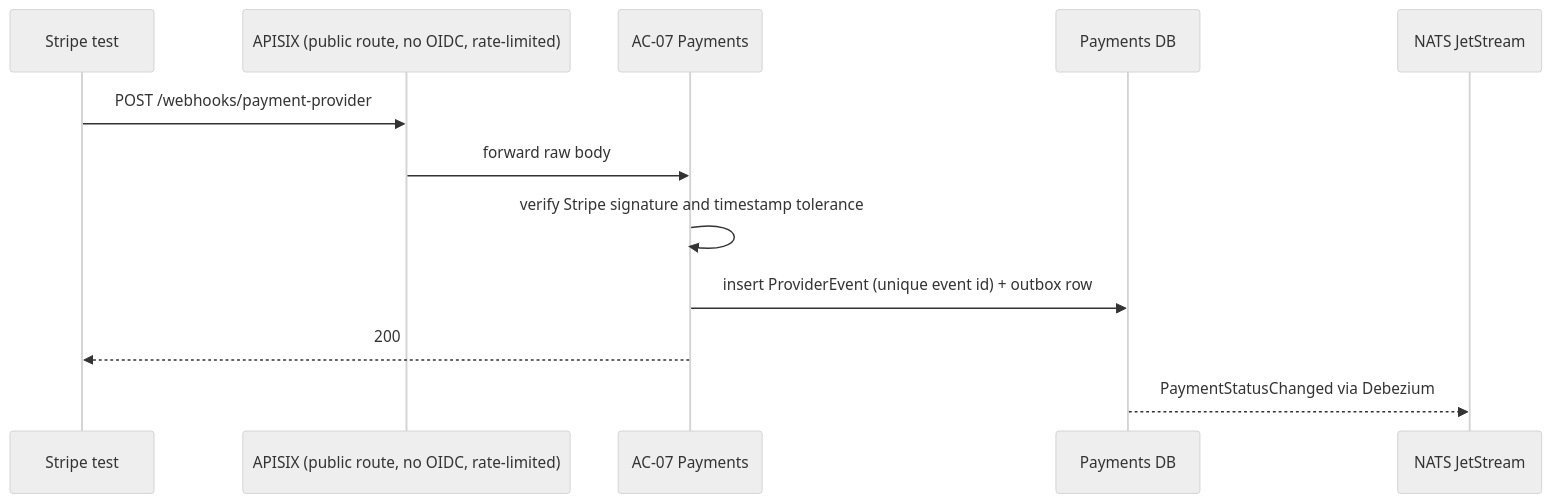
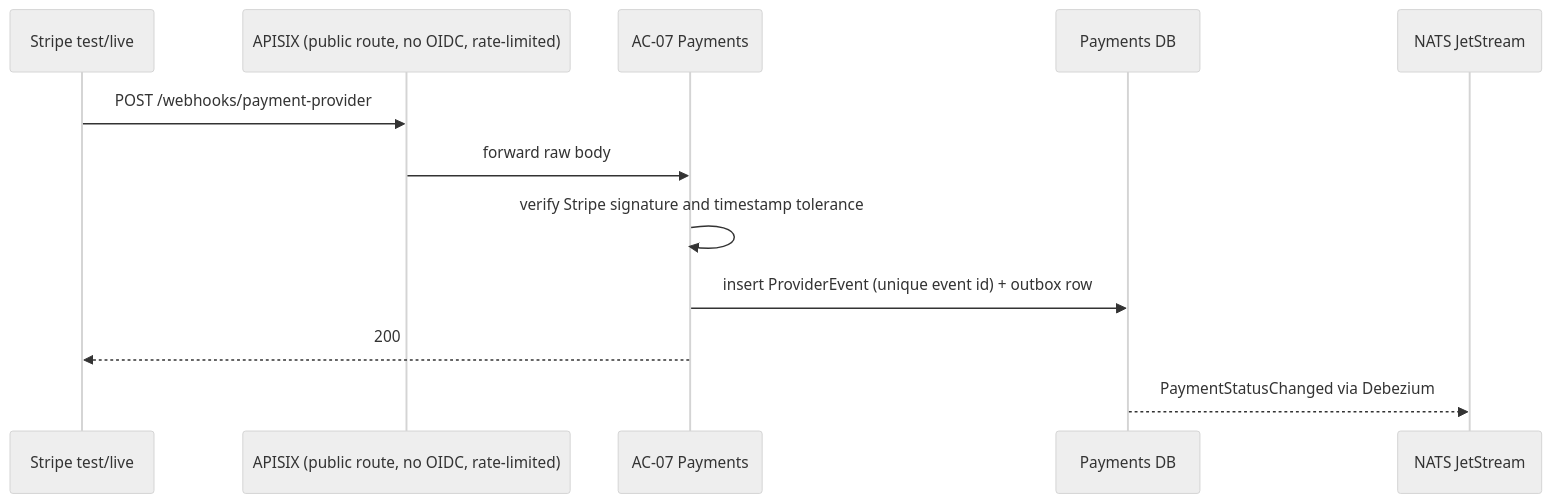
One commit to blooo-io/intelligent-eu-bps-source changed the fourth of 4 diagrams in docs/architecture/04-technical-architecture.md. Above: the diagram before and after it, drawn with Mermaid (neutral theme). The commit also changed other lines of this file and 96 other files, not shown here.

````diff
--- a/docs/architecture/04-technical-architecture.md
+++ b/docs/architecture/04-technical-architecture.md
@@ -287,14 +288,14 @@
 ```mermaid
 sequenceDiagram
-  participant ST as Stripe test
+  participant ST as Stripe test/live
   participant GW as APISIX (public route, no OIDC, rate-limited)
   participant PAY as AC-07 Payments
   participant DB as Payments DB
   participant JS as NATS JetStream
   ST->>GW: POST /webhooks/payment-provider
   GW->>PAY: forward raw body
   PAY->>PAY: verify Stripe signature and timestamp tolerance
   PAY->>DB: insert ProviderEvent (unique event id) + outbox row
   PAY-->>ST: 200
   DB-->>JS: PaymentStatusChanged via Debezium
 ```
````
